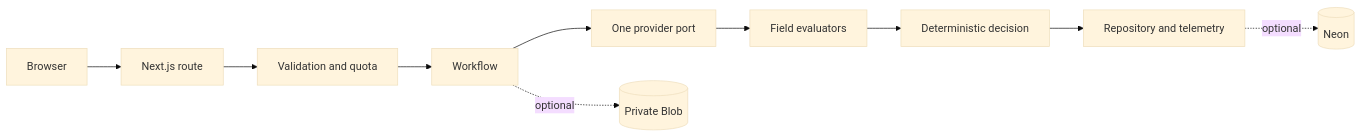
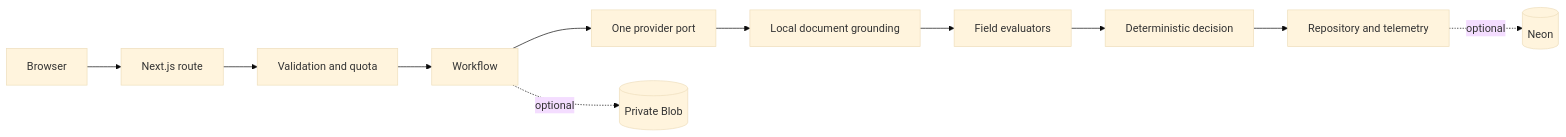
The diagram in README.md (nicodelasc/document-intelligence-assurance-hub), drawn with Mermaid (base theme) before and after one commit. The commit also changed other lines of this file and 18 other files, not shown here.

````diff
--- a/README.md
+++ b/README.md
@@ -18,12 +18,13 @@
 ```mermaid
 flowchart LR
   Browser --> Route[Next.js route]
   Route --> Gate[Validation and quota]
   Gate --> Workflow
   Workflow --> Provider[One provider port]
-  Provider --> Evaluators[Field evaluators]
+  Provider --> Grounding[Local document grounding]
+  Grounding --> Evaluators[Field evaluators]
   Evaluators --> Decision[Deterministic decision]
   Decision --> Repository[Repository and telemetry]
   Repository -. optional .-> Neon[(Neon)]
   Workflow -. optional .-> Blob[(Private Blob)]
 ```
````
